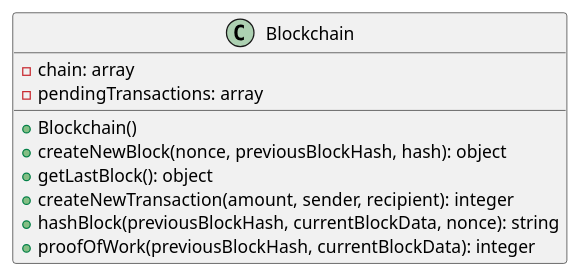
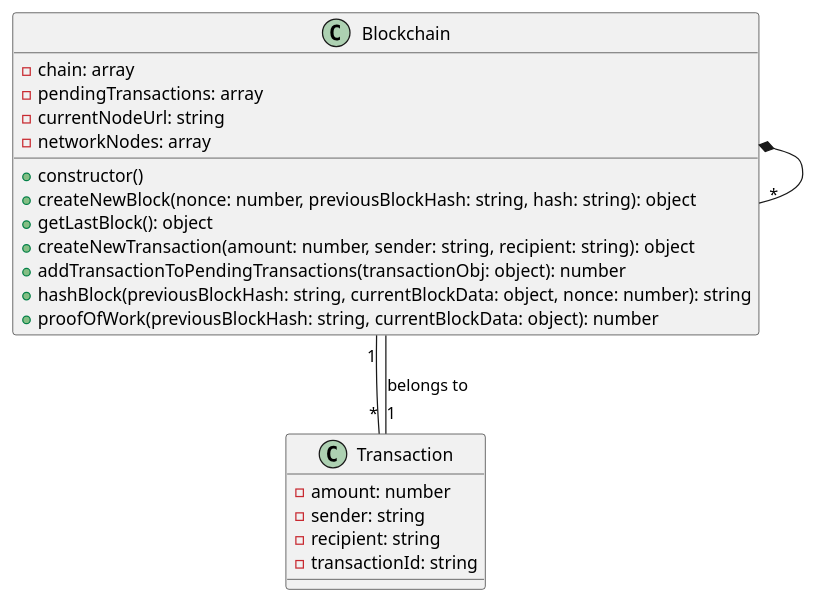
Before and after one commit to valleria-web/blockchain: the diagram in DEV/blockchain.plantUML, drawn with PlantUML. The commit also changed 6 other files, not shown here.

```diff
--- a/DEV/blockchain.plantUML
+++ b/DEV/blockchain.plantUML
@@ -1,15 +1,30 @@
-@startuml b,
+@startuml a,
 
 class Blockchain {
-    - chain: array
-    - pendingTransactions: array
-
-    + Blockchain()
-    + createNewBlock(nonce, previousBlockHash, hash): object
-    + getLastBlock(): object
-    + createNewTransaction(amount, sender, recipient): integer
-    + hashBlock(previousBlockHash, currentBlockData, nonce): string
-    + proofOfWork(previousBlockHash, currentBlockData): integer
+  -chain: array
+  -pendingTransactions: array
+  -currentNodeUrl: string
+  -networkNodes: array
+  +constructor()
+  +createNewBlock(nonce: number, previousBlockHash: string, hash: string): object
+  +getLastBlock(): object
+  +createNewTransaction(amount: number, sender: string, recipient: string): object
+  +addTransactionToPendingTransactions(transactionObj: object): number
+  +hashBlock(previousBlockHash: string, currentBlockData: object, nonce: number): string
+  +proofOfWork(previousBlockHash: string, currentBlockData: object): number
 }
 
+Blockchain *-- "*" Blockchain
+
+Blockchain "1" -- "*" Transaction
+
+class Transaction {
+  -amount: number
+  -sender: string
+  -recipient: string
+  -transactionId: string
+}
+
+Transaction -- Blockchain : "1" belongs to
+
 @enduml
```
